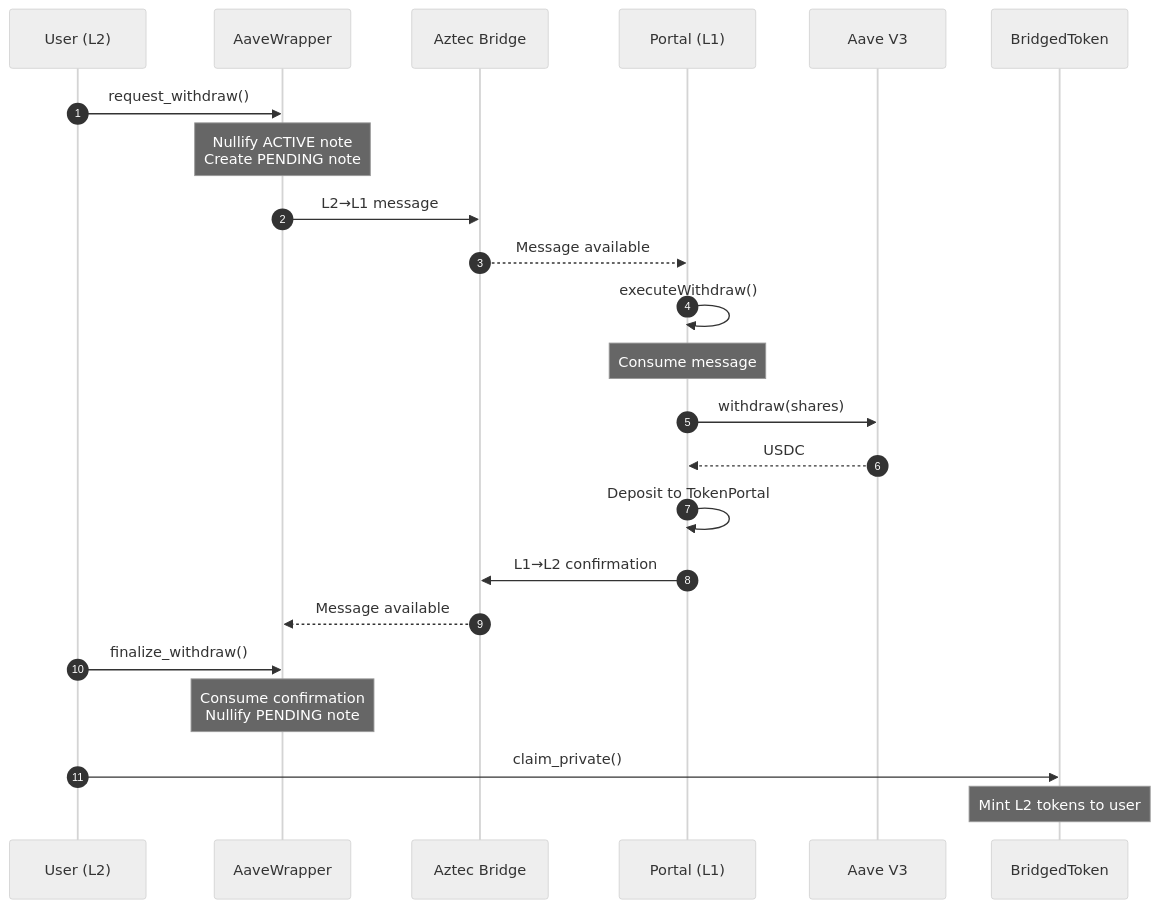
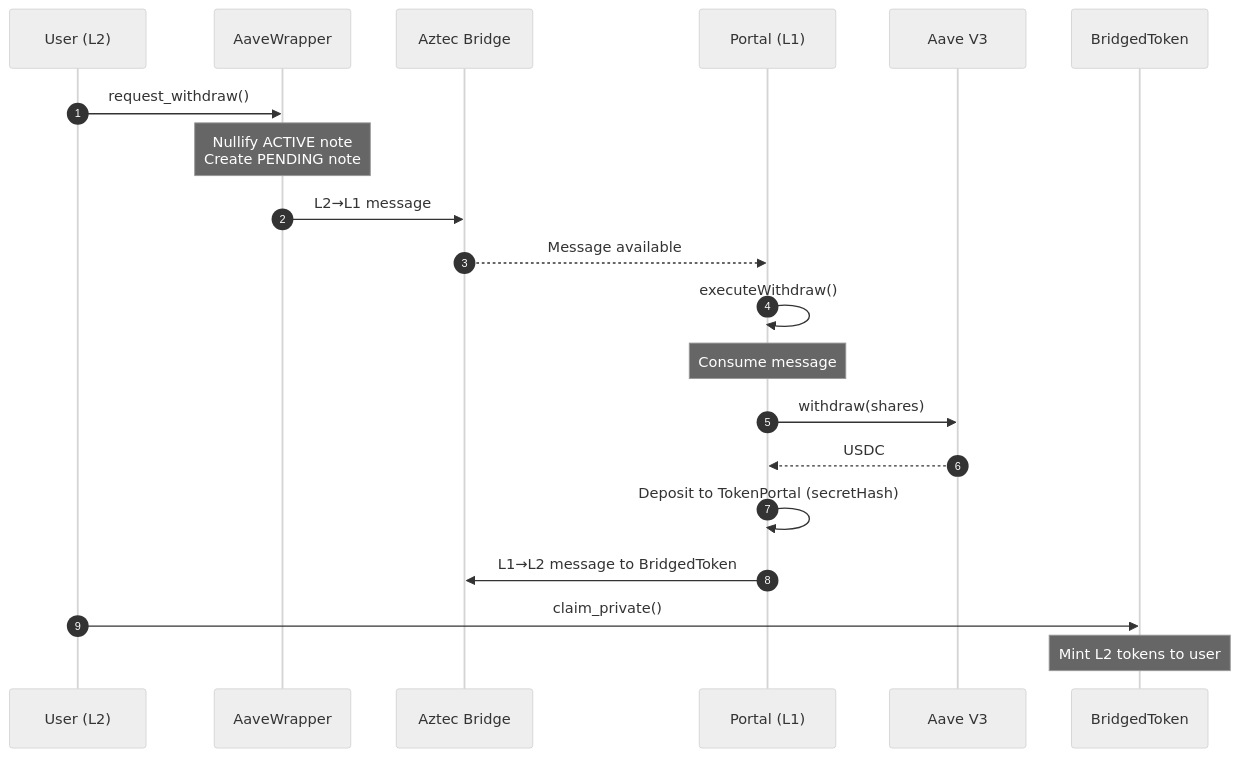
The sixth of 8 diagrams in PROTOCOL.md (NethermindEth/aztec-aave-wrapper), drawn with Mermaid (neutral theme) before and after one commit. The commit also changed other lines of this file and 2 other files, not shown here.

First line of the commit message:
Enhances protocol privacy and adds token faucet

````diff
--- a/PROTOCOL.md
+++ b/PROTOCOL.md
@@ -270,31 +273,26 @@
 ```mermaid
 sequenceDiagram
     autonumber
     participant User as User (L2)
     participant AW as AaveWrapper
     participant Bridge as Aztec Bridge
     participant Portal as Portal (L1)
     participant Aave as Aave V3
     participant BT as BridgedToken
 
     User->>AW: request_withdraw()
     Note over AW: Nullify ACTIVE note<br/>Create PENDING note
     AW->>Bridge: L2→L1 message
 
     Bridge-->>Portal: Message available
 
     Portal->>Portal: executeWithdraw()
     Note over Portal: Consume message
     Portal->>Aave: withdraw(shares)
     Aave-->>Portal: USDC
-    Portal->>Portal: Deposit to TokenPortal
-    Portal->>Bridge: L1→L2 confirmation
-
-    Bridge-->>AW: Message available
-
-    User->>AW: finalize_withdraw()
-    Note over AW: Consume confirmation<br/>Nullify PENDING note
+    Portal->>Portal: Deposit to TokenPortal (secretHash)
+    Portal->>Bridge: L1→L2 message to BridgedToken
 
     User->>BT: claim_private()
     Note over BT: Mint L2 tokens to user
 ```
````
